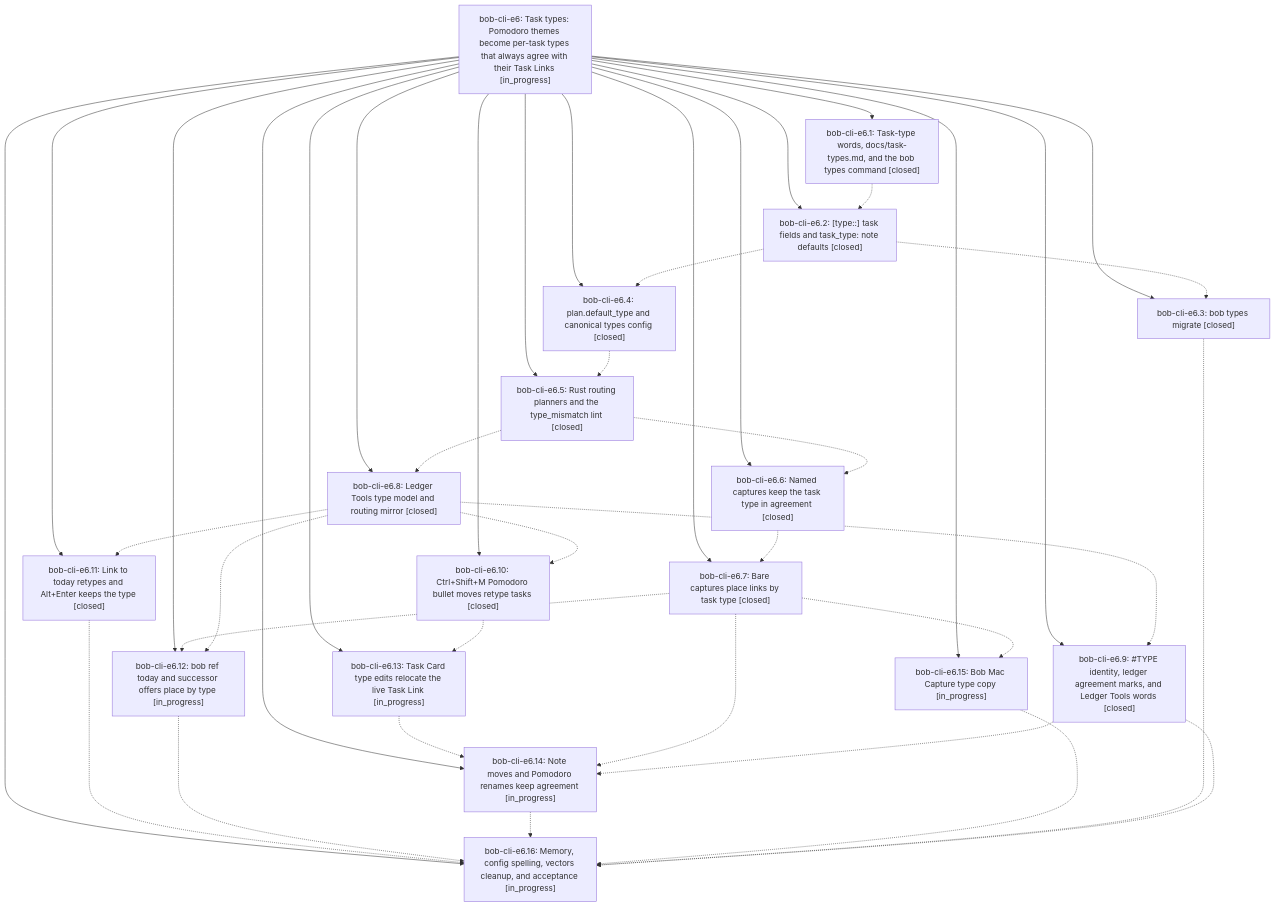
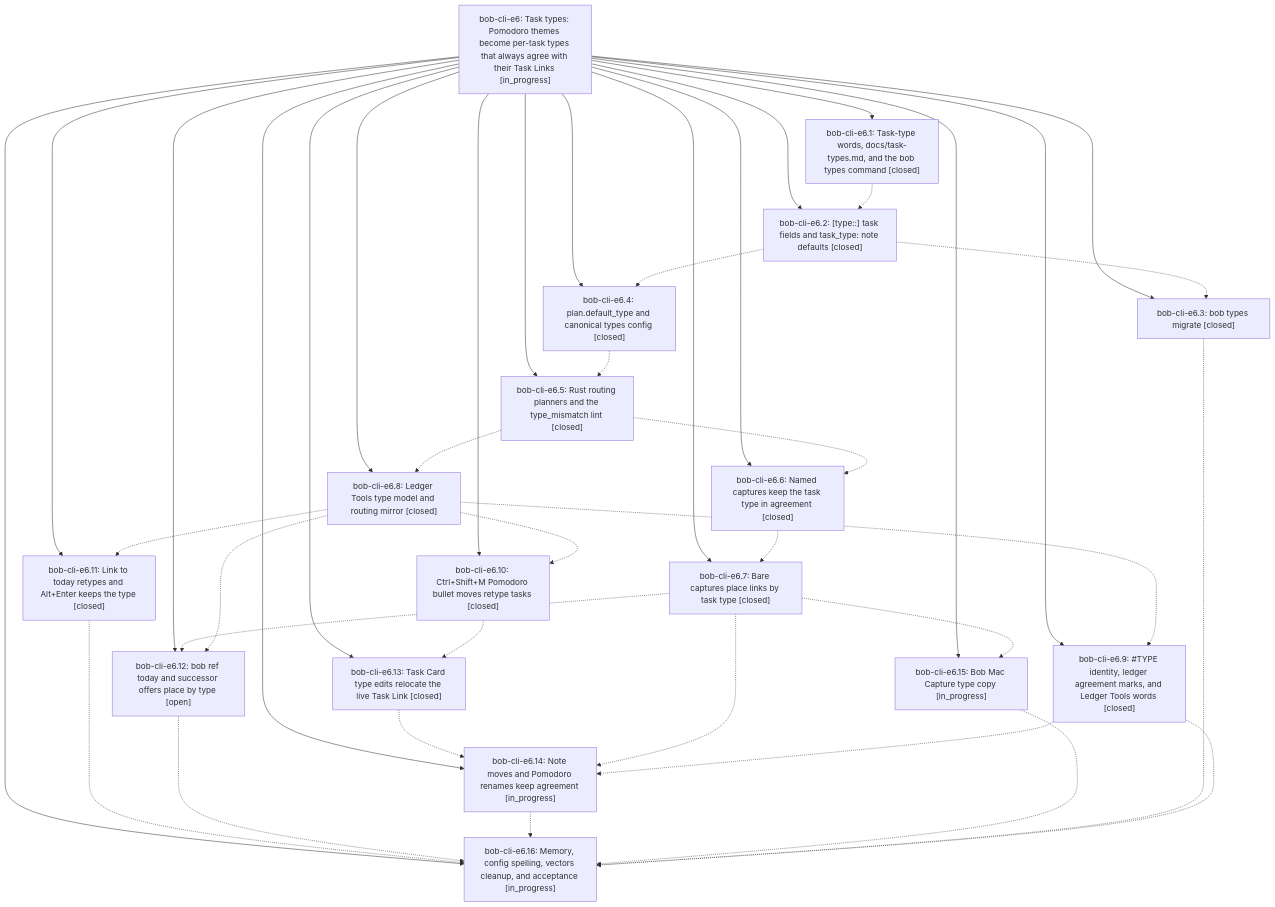
One commit to bobs-org/bob-cli--beads changed the diagram in pages/bob-cli-e6/README.md. Above: the diagram before and after it, drawn with Mermaid. The commit also changed other lines of this file and 10 other files, not shown here.

First line of the commit message:
chore(beads): sync bead state and pages for bob-cli-e6

````diff
--- a/pages/bob-cli-e6/README.md
+++ b/pages/bob-cli-e6/README.md
@@ -63,59 +63,59 @@
 ```mermaid
 flowchart TD
     n0["bob-cli-e6: Task types: Pomodoro themes become per-task types that always agree with their Task Links [in_progress]"]
     n1["bob-cli-e6.1: Task-type words, docs/task-types.md, and the bob types command [closed]"]
     n2["bob-cli-e6.10: Ctrl+Shift+M Pomodoro bullet moves retype tasks [closed]"]
     n3["bob-cli-e6.11: Link to today retypes and Alt+Enter keeps the type [closed]"]
-    n4["bob-cli-e6.12: bob ref today and successor offers place by type [in_progress]"]
-    n5["bob-cli-e6.13: Task Card type edits relocate the live Task Link [in_progress]"]
+    n4["bob-cli-e6.12: bob ref today and successor offers place by type [open]"]
+    n5["bob-cli-e6.13: Task Card type edits relocate the live Task Link [closed]"]
     n6["bob-cli-e6.14: Note moves and Pomodoro renames keep agreement [in_progress]"]
     n7["bob-cli-e6.15: Bob Mac Capture type copy [in_progress]"]
     n8["bob-cli-e6.16: Memory, config spelling, vectors cleanup, and acceptance [in_progress]"]
     n9["bob-cli-e6.2: [type::] task fields and task_type: note defaults [closed]"]
     n10["bob-cli-e6.3: bob types migrate [closed]"]
     n11["bob-cli-e6.4: plan.default_type and canonical types config [closed]"]
     n12["bob-cli-e6.5: Rust routing planners and the type_mismatch lint [closed]"]
     n13["bob-cli-e6.6: Named captures keep the task type in agreement [closed]"]
     n14["bob-cli-e6.7: Bare captures place links by task type [closed]"]
     n15["bob-cli-e6.8: Ledger Tools type model and routing mirror [closed]"]
     n16["bob-cli-e6.9: #TYPE identity, ledger agreement marks, and Ledger Tools words [closed]"]
     n0 --> n1
     n0 --> n2
     n0 --> n3
     n0 --> n4
     n0 --> n5
     n0 --> n6
     n0 --> n7
     n0 --> n8
     n0 --> n9
     n0 --> n10
     n0 --> n11
     n0 --> n12
     n0 --> n13
     n0 --> n14
     n0 --> n15
     n0 --> n16
     n1 -.-> n9
     n2 -.-> n5
     n3 -.-> n8
     n4 -.-> n8
     n5 -.-> n6
     n6 -.-> n8
     n7 -.-> n8
     n9 -.-> n10
     n9 -.-> n11
     n10 -.-> n8
     n11 -.-> n12
     n12 -.-> n13
     n12 -.-> n15
     n13 -.-> n14
     n14 -.-> n4
     n14 -.-> n6
     n14 -.-> n7
     n15 -.-> n2
     n15 -.-> n3
     n15 -.-> n4
     n15 -.-> n16
     n16 -.-> n6
     n16 -.-> n8
 ```
````
